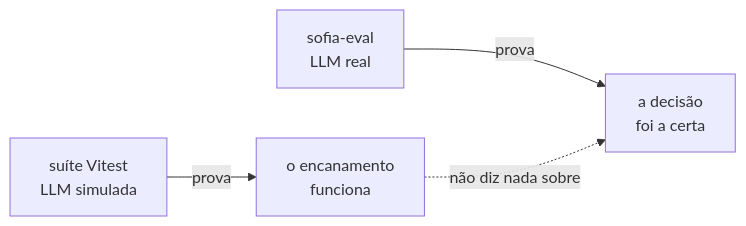
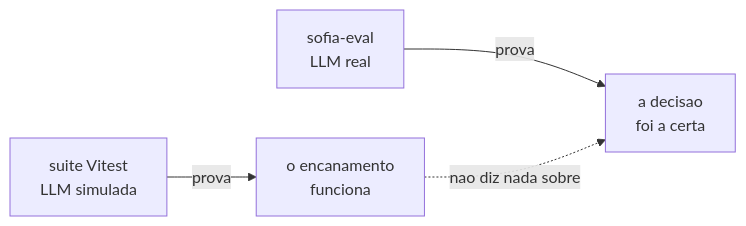
The first of 3 diagrams in README.md (andrenv14/sofia-eval), drawn with Mermaid before and after one commit. The commit also changed other lines of this file, not shown here.

````diff
--- a/README.md
+++ b/README.md
@@ -34,6 +36,6 @@
 ```mermaid
 flowchart LR
-  A["suíte Vitest<br/>LLM simulada"] -->|prova| B["o encanamento<br/>funciona"]
-  C["sofia-eval<br/>LLM real"] -->|prova| D["a decisão<br/>foi a certa"]
-  B -.->|não diz nada sobre| D
+  A["suite Vitest<br/>LLM simulada"] -->|prova| B["o encanamento<br/>funciona"]
+  C["sofia-eval<br/>LLM real"] -->|prova| D["a decisao<br/>foi a certa"]
+  B -.->|nao diz nada sobre| D
 ```
````
